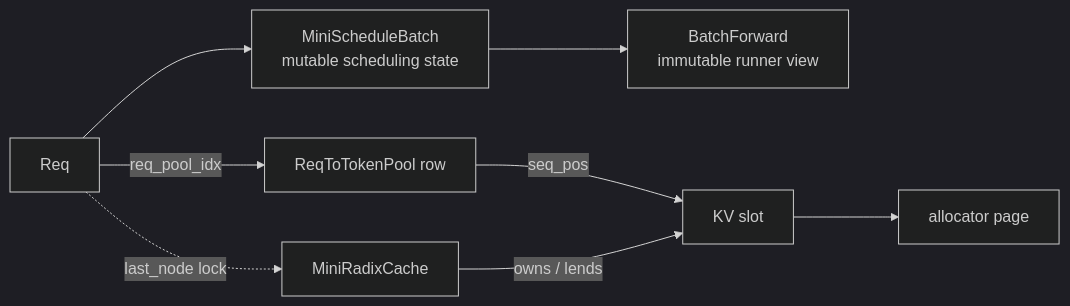
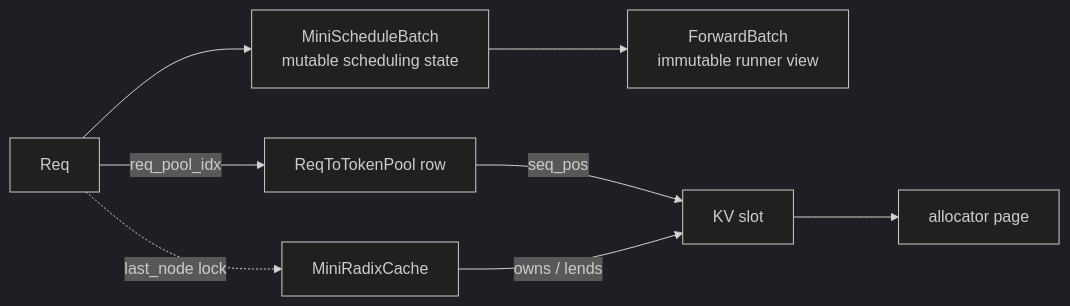
Before and after one commit to stream-iori/sglang: the first of 3 diagrams in my-sglang/docs/data-structures.md, drawn with Mermaid (dark theme). The commit also changed other lines of this file and 24 other files, not shown here.

````diff
--- a/my-sglang/docs/data-structures.md
+++ b/my-sglang/docs/data-structures.md
@@ -5,10 +5,10 @@
 ```mermaid
 flowchart LR
     Req[Req] --> MB[MiniScheduleBatch<br/>mutable scheduling state]
-    MB --> BF[BatchForward<br/>immutable runner view]
+    MB --> BF[ForwardBatch<br/>immutable runner view]
     Req -->|req_pool_idx| Row[ReqToTokenPool row]
     Row -->|seq_pos| Slot[KV slot]
     Slot --> Page[allocator page]
     Cache[MiniRadixCache] -->|owns / lends| Slot
     Req -. last_node lock .-> Cache
 ```
````
